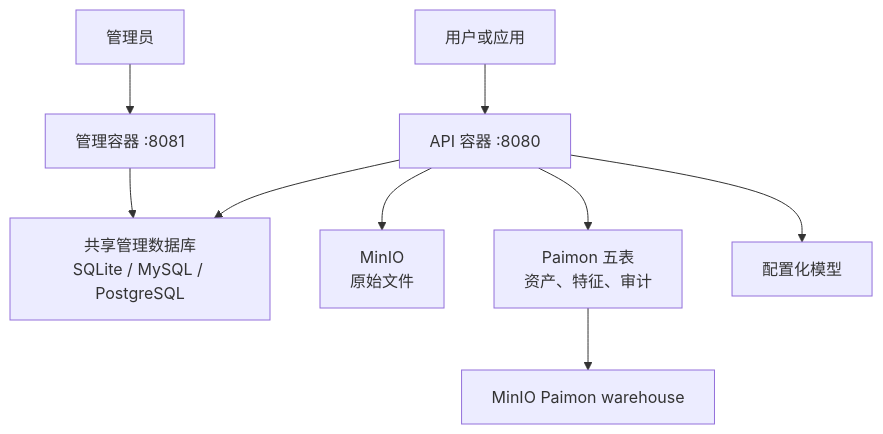
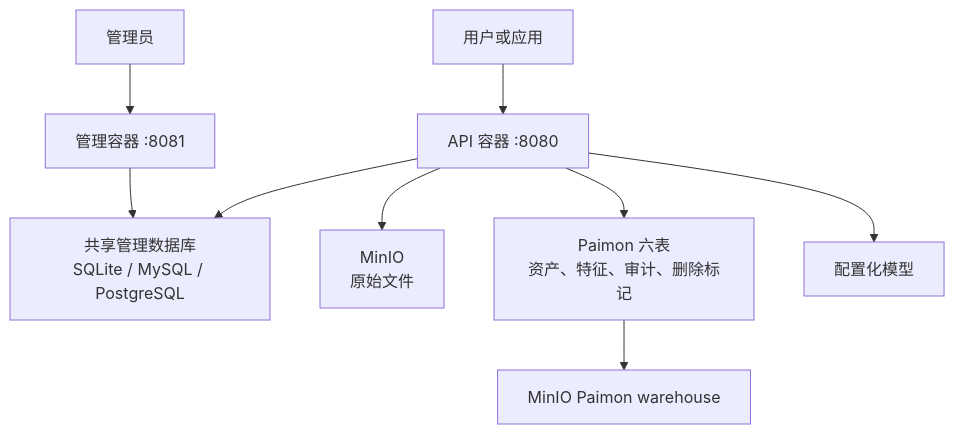
One commit to schoIarw/morphlake changed the first of 2 diagrams in docs/architecture.md. Above: the diagram before and after it, drawn with Mermaid. The commit also changed other lines of this file and 24 other files, not shown here.

````diff
--- a/docs/architecture.md
+++ b/docs/architecture.md
@@ -5,11 +5,11 @@
 ```mermaid
 flowchart TB
     C["用户或应用"] --> S["API 容器 :8080"]
     A["管理员"] --> M["管理容器 :8081"]
     S --> D["共享管理数据库\nSQLite / MySQL / PostgreSQL"]
     M --> D
     S --> O["MinIO\n原始文件"]
-    S --> P["Paimon 五表\n资产、特征、审计"]
+    S --> P["Paimon 六表\n资产、特征、审计、删除标记"]
     S --> G["配置化模型"]
     P --> W["MinIO Paimon warehouse"]
 ```
````
